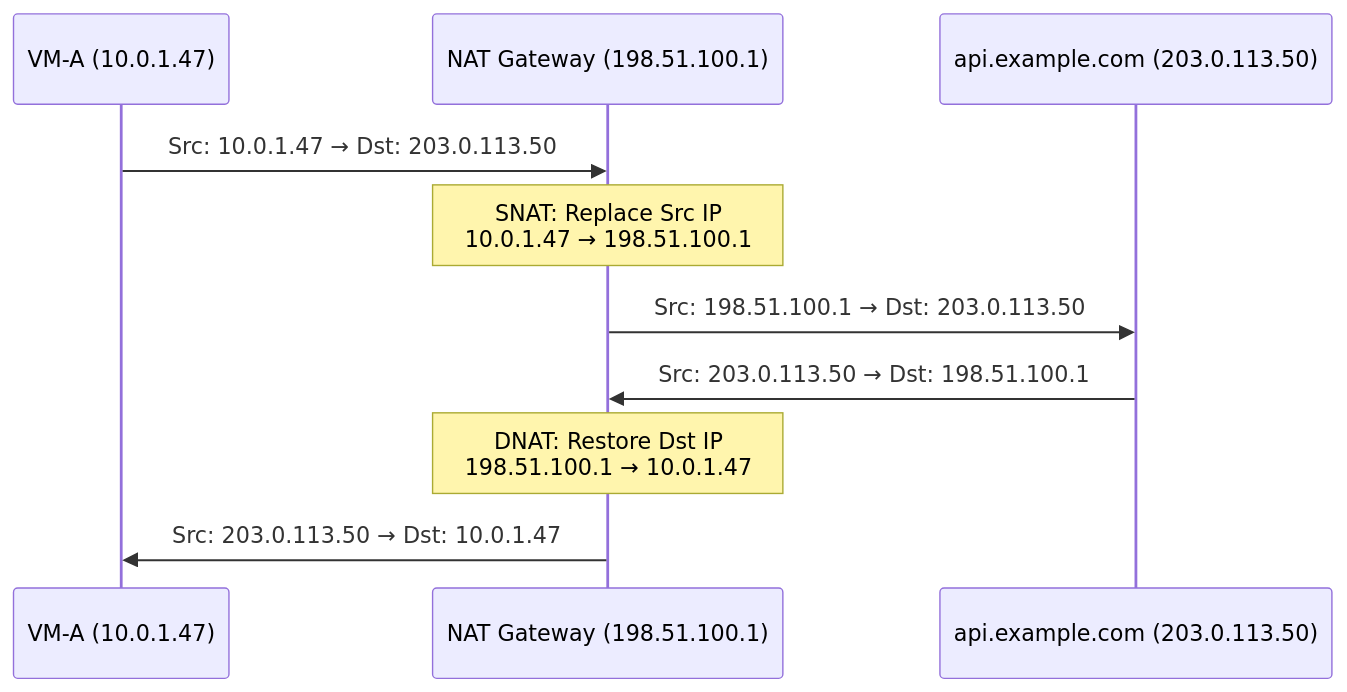
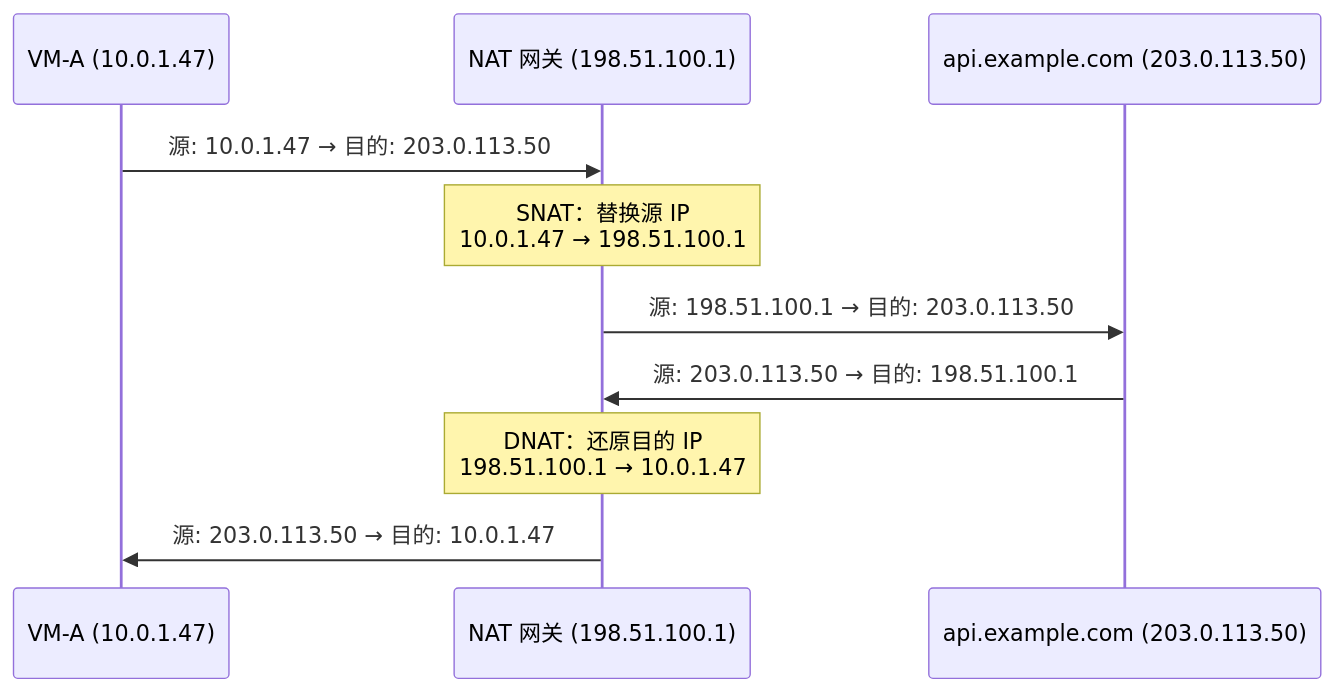
Before and after one commit to caozhiyi/network-book: the first of 4 diagrams in docs/13.VM要上网NAT网关的诞生.md, drawn with Mermaid. The commit also changed other lines of this file and 77 other files, not shown here.

````diff
--- a/docs/13.VM要上网NAT网关的诞生.md
+++ b/docs/13.VM要上网NAT网关的诞生.md
@@ -47,13 +47,13 @@
 ```mermaid
 sequenceDiagram
     participant VM as VM-A (10.0.1.47)
-    participant NAT as NAT Gateway (198.51.100.1)
+    participant NAT as NAT 网关 (198.51.100.1)
     participant API as api.example.com (203.0.113.50)
 
-    VM->>NAT: Src: 10.0.1.47 → Dst: 203.0.113.50
-    Note over NAT: SNAT: Replace Src IP<br/>10.0.1.47 → 198.51.100.1
-    NAT->>API: Src: 198.51.100.1 → Dst: 203.0.113.50
-    API->>NAT: Src: 203.0.113.50 → Dst: 198.51.100.1
-    Note over NAT: DNAT: Restore Dst IP<br/>198.51.100.1 → 10.0.1.47
-    NAT->>VM: Src: 203.0.113.50 → Dst: 10.0.1.47
+    VM->>NAT: 源: 10.0.1.47 → 目的: 203.0.113.50
+    Note over NAT: SNAT：替换源 IP<br/>10.0.1.47 → 198.51.100.1
+    NAT->>API: 源: 198.51.100.1 → 目的: 203.0.113.50
+    API->>NAT: 源: 203.0.113.50 → 目的: 198.51.100.1
+    Note over NAT: DNAT：还原目的 IP<br/>198.51.100.1 → 10.0.1.47
+    NAT->>VM: 源: 203.0.113.50 → 目的: 10.0.1.47
 ```
````
